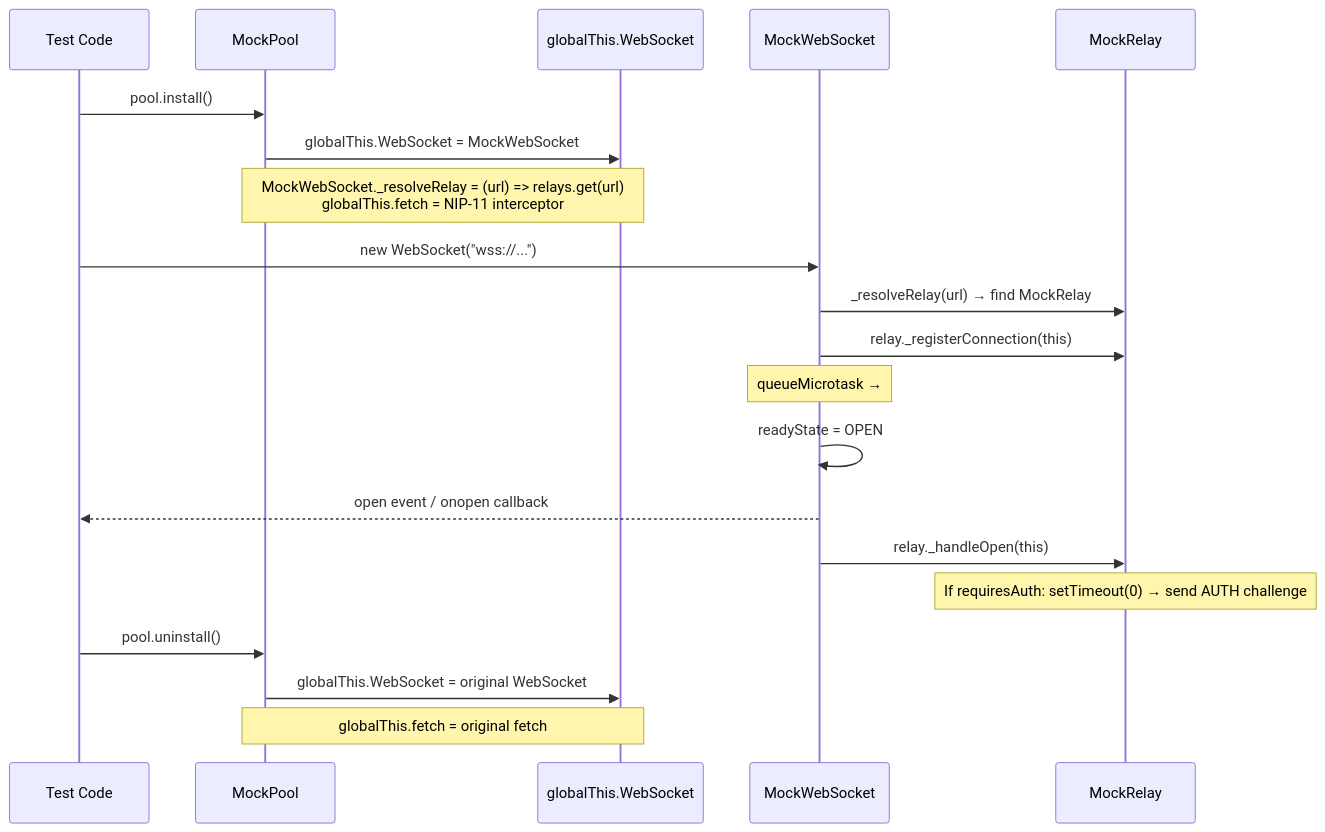
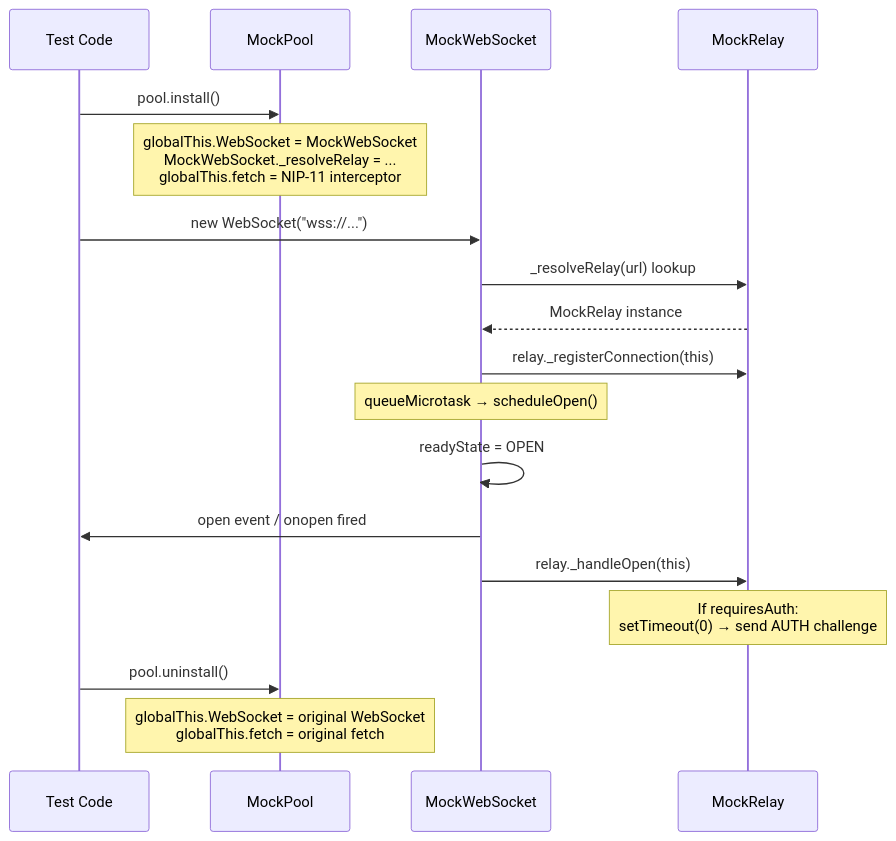
The fourth of 15 diagrams in docs/en/reference/architecture.md (ikuradon/tsunagiya), drawn with Mermaid before and after one commit. The commit also changed other lines of this file and 12 other files, not shown here.

First line of the commit message:
fix: architecture.md の日英齟齬を解消し未使用ファイルを削除

````diff
--- a/docs/en/reference/architecture.md
+++ b/docs/en/reference/architecture.md
@@ -159,26 +186,24 @@
 ```mermaid
 sequenceDiagram
     participant TC as Test Code
     participant MP as MockPool
-    participant GWS as globalThis.WebSocket
     participant MWS as MockWebSocket
     participant MR as MockRelay
 
     TC->>MP: pool.install()
-    MP->>GWS: globalThis.WebSocket = MockWebSocket
-    Note over MP,GWS: MockWebSocket._resolveRelay = (url) => relays.get(url)<br>globalThis.fetch = NIP-11 interceptor
+    Note over MP: globalThis.WebSocket = MockWebSocket<br>MockWebSocket._resolveRelay = ...<br>globalThis.fetch = NIP-11 interceptor
 
     TC->>MWS: new WebSocket("wss://...")
-    MWS->>MR: _resolveRelay(url) → find MockRelay
+    MWS->>MR: _resolveRelay(url) lookup
+    MR-->>MWS: MockRelay instance
     MWS->>MR: relay._registerConnection(this)
-    Note over MWS: queueMicrotask → #scheduleOpen()
+    Note over MWS: queueMicrotask → scheduleOpen()
 
     MWS->>MWS: readyState = OPEN
-    MWS-->>TC: open event / onopen callback
+    MWS->>TC: open event / onopen fired
     MWS->>MR: relay._handleOpen(this)
-    Note over MR: If requiresAuth: setTimeout(0) → send AUTH challenge
+    Note over MR: If requiresAuth:<br>setTimeout(0) → send AUTH challenge
 
     TC->>MP: pool.uninstall()
-    MP->>GWS: globalThis.WebSocket = original WebSocket
-    Note over MP,GWS: globalThis.fetch = original fetch
+    Note over MP: globalThis.WebSocket = original WebSocket<br>globalThis.fetch = original fetch
 ```
````
